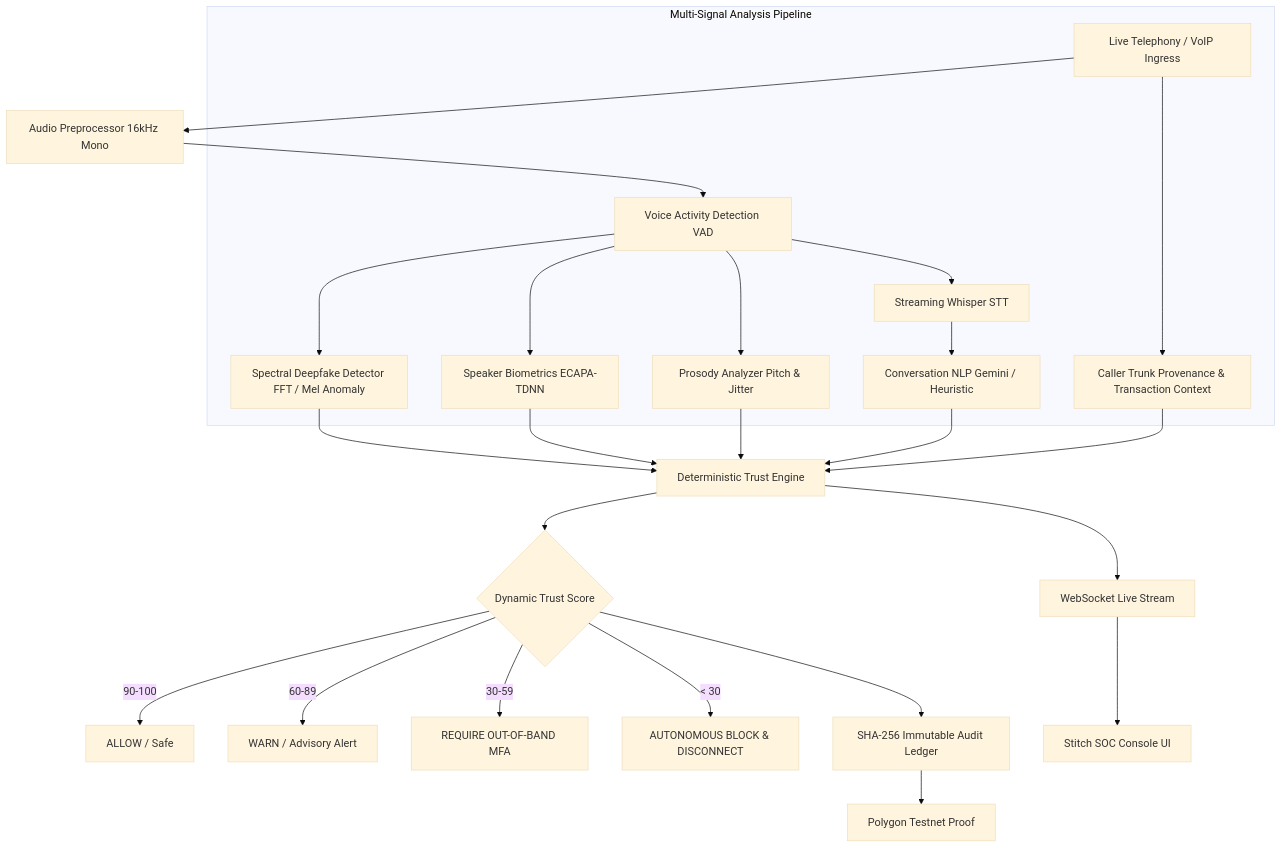
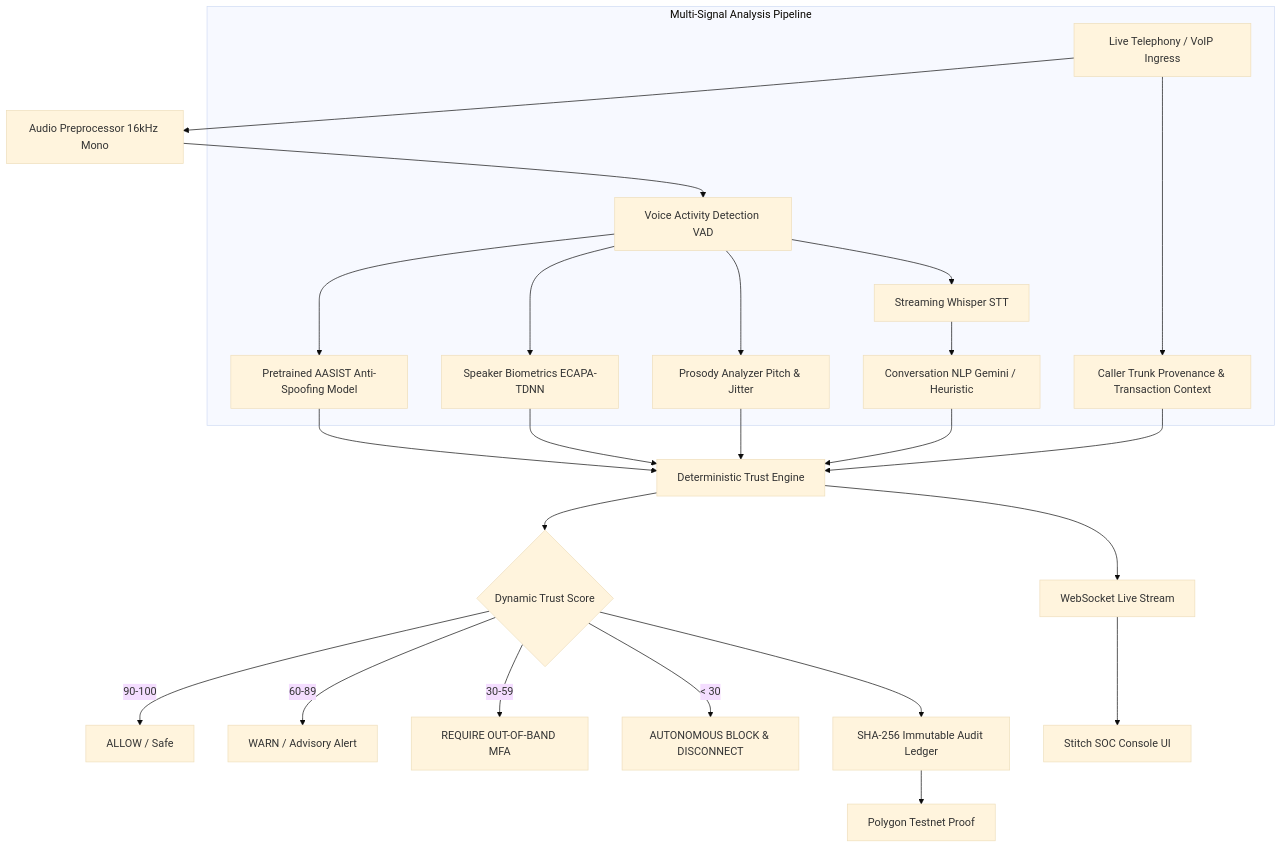
The diagram in README.md (Adithiya-A/voxGuard_ai), drawn with Mermaid (base theme) before and after one commit. The commit also changed other lines of this file and 64 other files, not shown here.

````diff
--- a/README.md
+++ b/README.md
@@ -53,32 +53,32 @@
 ```mermaid
 flowchart TD
     A[Live Telephony / VoIP Ingress] --> B[Audio Preprocessor 16kHz Mono]
     B --> C[Voice Activity Detection VAD]
     
     subgraph Multi-Signal Analysis Pipeline
-        C --> D1[Spectral Deepfake Detector FFT / Mel Anomaly]
+        C --> D1[Pretrained AASIST Anti-Spoofing Model]
         C --> D2[Speaker Biometrics ECAPA-TDNN]
         C --> D3[Prosody Analyzer Pitch & Jitter]
         C --> D4[Streaming Whisper STT]
         D4 --> D5[Conversation NLP Gemini / Heuristic]
         A --> D6[Caller Trunk Provenance & Transaction Context]
     end
 
     D1 --> E[Deterministic Trust Engine]
     D2 --> E
     D3 --> E
     D5 --> E
     D6 --> E
 
     E --> F{Dynamic Trust Score}
     F -->|90-100| G[ALLOW / Safe]
     F -->|60-89| H[WARN / Advisory Alert]
     F -->|30-59| I[REQUIRE OUT-OF-BAND MFA]
     F -->|< 30| J[AUTONOMOUS BLOCK & DISCONNECT]
 
     F --> K[SHA-256 Immutable Audit Ledger]
     K --> L[Polygon Testnet Proof]
     
     E --> M[WebSocket Live Stream]
     M --> N[Stitch SOC Console UI]
 ```
````
